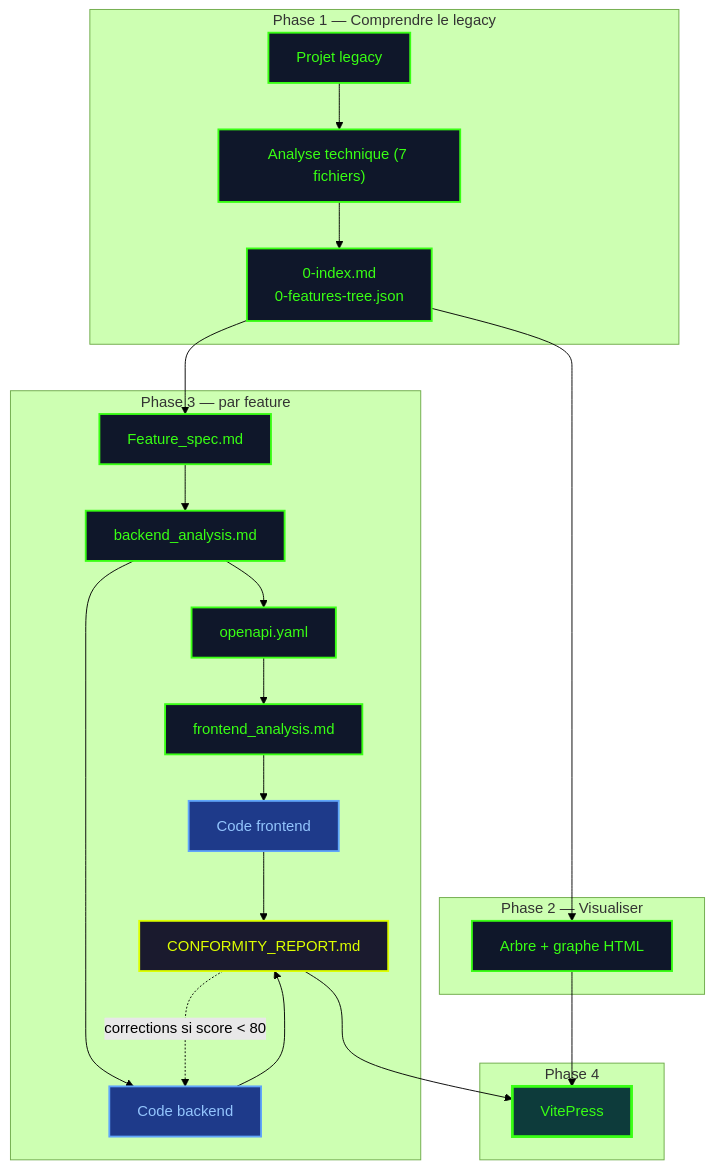
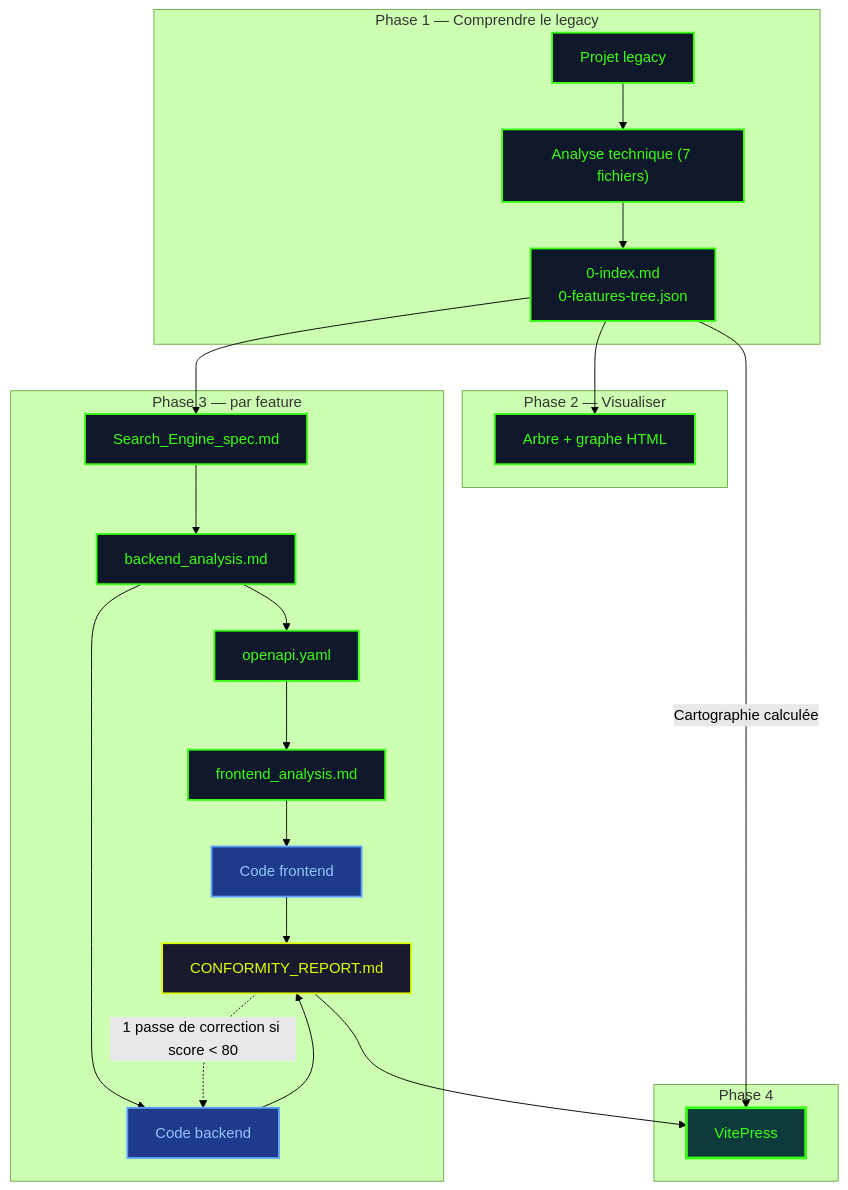
Diagram 15 of 15 in docs/guide/methodology.md (fondative/claude-code-ecosystem), drawn with Mermaid (forest theme) before and after one commit. The commit also changed other lines of this file and 395 other files, not shown here.

````diff
--- a/docs/guide/methodology.md
+++ b/docs/guide/methodology.md
@@ -651,49 +823,49 @@
 ```mermaid
 graph TB
     subgraph P1["Phase 1 — Comprendre le legacy"]
         LEGACY["Projet legacy"]
         TECH["Analyse technique (7 fichiers)"]
         INV["0-index.md<br/>0-features-tree.json"]
         LEGACY --> TECH --> INV
     end
 
     subgraph P2["Phase 2 — Visualiser"]
         VIZ["Arbre + graphe HTML"]
     end
 
     subgraph P3["Phase 3 — par feature"]
-        SPEC["Feature_spec.md"]
+        SPEC["Search_Engine_spec.md"]
         BACK["backend_analysis.md"]
         OAS["openapi.yaml"]
         FRONT["frontend_analysis.md"]
         CODE_B["Code backend"]
         CODE_F["Code frontend"]
         REPORT["CONFORMITY_REPORT.md"]
 
         SPEC --> BACK --> OAS --> FRONT
         BACK --> CODE_B
         FRONT --> CODE_F
         CODE_B --> REPORT
         CODE_F --> REPORT
-        REPORT -. "corrections si score < 80" .-> CODE_B
+        REPORT -. "1 passe de correction si score < 80" .-> CODE_B
     end
 
     subgraph P4["Phase 4"]
         DOCS["VitePress"]
     end
 
     INV --> VIZ
     INV --> SPEC
-    VIZ --> DOCS
+    INV -->|"Cartographie calculée"| DOCS
     REPORT --> DOCS
 
     classDef file fill:#0f172a,stroke:#39ff14,stroke-width:2px,color:#39ff14
     classDef code fill:#1e3a8a,stroke:#60a5fa,stroke-width:2px,color:#93c5fd
     classDef report fill:#1a1a2e,stroke:#ddff00,stroke-width:2px,color:#ddff00
     classDef output fill:#0d3b3b,stroke:#39ff14,stroke-width:3px,color:#39ff14
 
     class LEGACY,TECH,INV,VIZ,SPEC,BACK,OAS,FRONT file
     class CODE_B,CODE_F code
     class REPORT report
     class DOCS output
 ```
````
